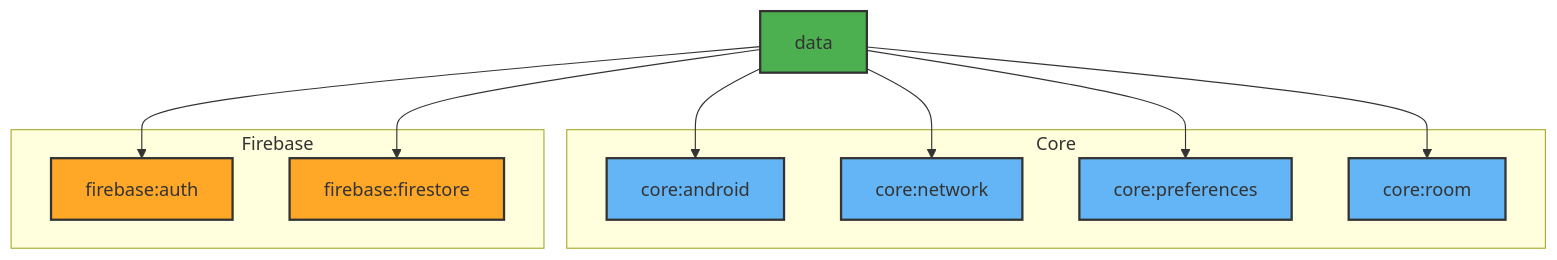
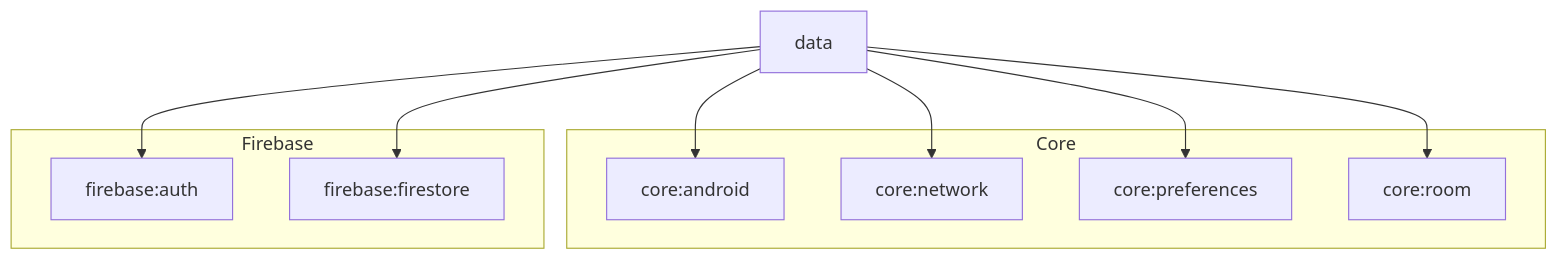
One commit to atick-faisal/Jetpack-Android-Starter changed the diagram in data/README.md. Above: the diagram before and after it, drawn with Mermaid. The commit also changed 31 other files, not shown here.

````diff
--- a/data/README.md
+++ b/data/README.md
@@ -188,29 +188,21 @@
 ```mermaid
 graph TD
     A[data] --> B[core:android]
     A --> C[core:network]
     A --> D[core:preferences]
     A --> E[core:room]
     A --> F[firebase:auth]
     A --> G[firebase:firestore]
 
     subgraph "Core"
         B
         C
         D
         E
     end
 
     subgraph "Firebase"
         F
         G
     end
-
-    style A fill: #4CAF50, stroke: #333, stroke-width: 2px
-    style B fill: #64B5F6, stroke: #333, stroke-width: 2px
-    style C fill: #64B5F6, stroke: #333, stroke-width: 2px
-    style D fill: #64B5F6, stroke: #333, stroke-width: 2px
-    style E fill: #64B5F6, stroke: #333, stroke-width: 2px
-    style F fill: #FFA726, stroke: #333, stroke-width: 2px
-    style G fill: #FFA726, stroke: #333, stroke-width: 2px
 ```
````
